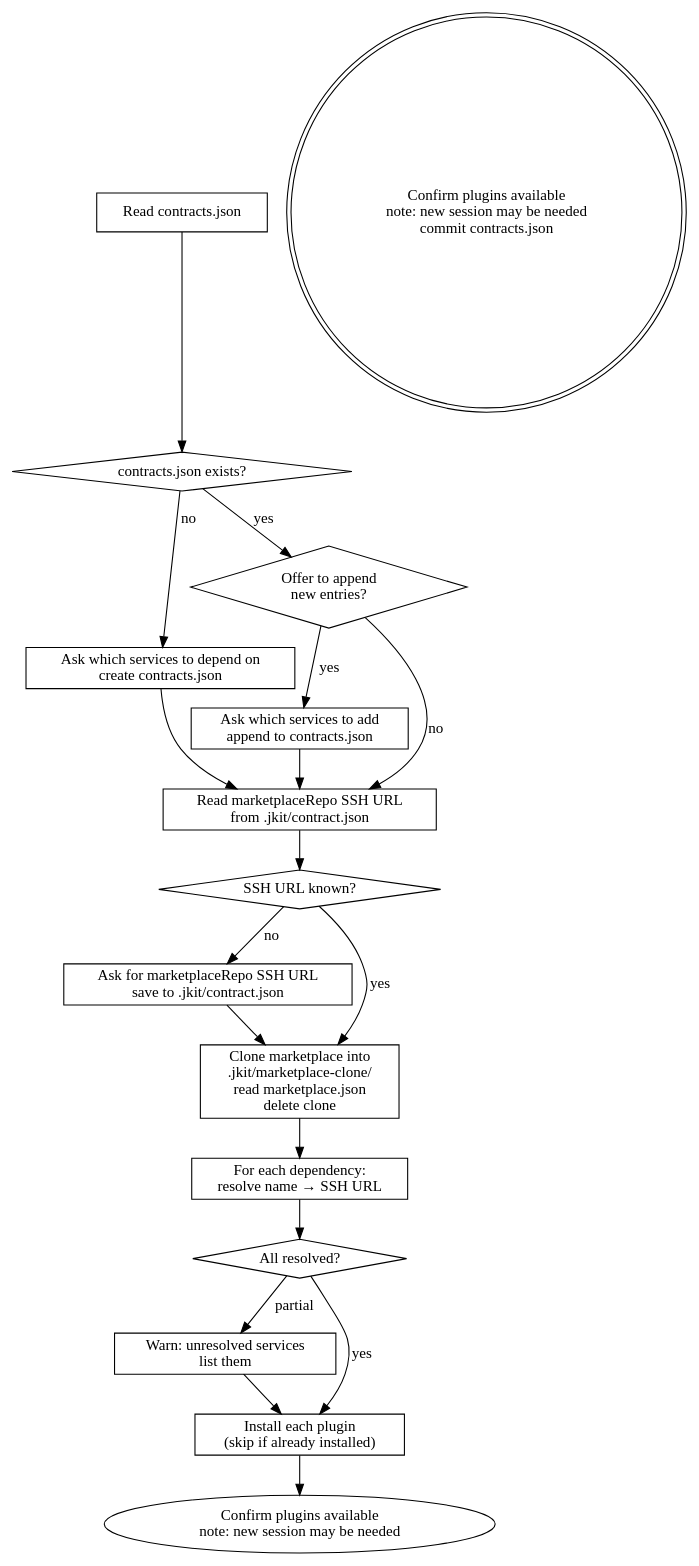
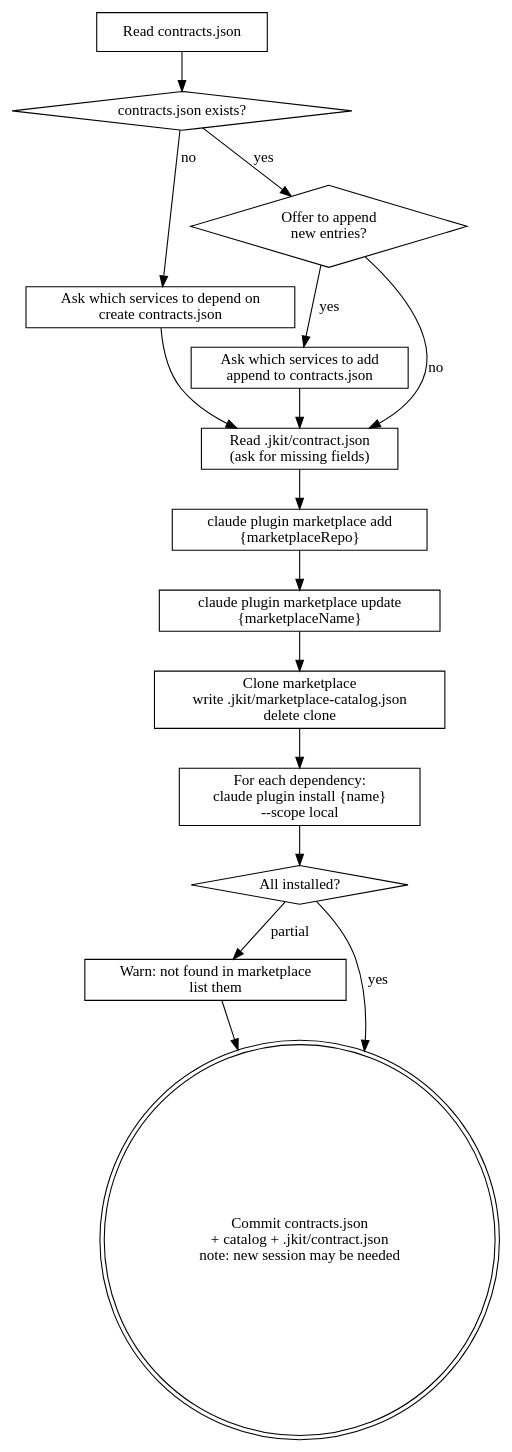
Before and after one commit to honghaowuu/jkit: the second of 3 diagrams in docs/superpowers/specs/2026-04-22-jkit-iter5-service-contract-marketplace.md, drawn with Graphviz. The commit also changed other lines of this file, not shown here.

First line of the commit message:
docs(spec): update iter5 with native plugin commands and session-start hook

````diff
--- a/docs/superpowers/specs/2026-04-22-jkit-iter5-service-contract-marketplace.md
+++ b/docs/superpowers/specs/2026-04-22-jkit-iter5-service-contract-marketplace.md
@@ -369,36 +444,33 @@
 ```dot
 digraph install_contracts {
     "Read contracts.json" [shape=box];
     "contracts.json exists?" [shape=diamond];
     "Ask which services to depend on\ncreate contracts.json" [shape=box];
     "Offer to append\nnew entries?" [shape=diamond];
     "Ask which services to add\nappend to contracts.json" [shape=box];
-    "Read marketplaceRepo SSH URL\nfrom .jkit/contract.json" [shape=box];
-    "SSH URL known?" [shape=diamond];
-    "Ask for marketplaceRepo SSH URL\nsave to .jkit/contract.json" [shape=box];
-    "Clone marketplace into\n.jkit/marketplace-clone/\nread marketplace.json\ndelete clone" [shape=box];
-    "For each dependency:\nresolve name → SSH URL" [shape=box];
-    "All resolved?" [shape=diamond];
-    "Warn: unresolved services\nlist them" [shape=box];
-    "Install each plugin\n(skip if already installed)" [shape=box];
-    "Confirm plugins available\nnote: new session may be needed\ncommit contracts.json" [shape=doublecircle];
+    "Read .jkit/contract.json\n(ask for missing fields)" [shape=box];
+    "claude plugin marketplace add\n{marketplaceRepo}" [shape=box];
+    "claude plugin marketplace update\n{marketplaceName}" [shape=box];
+    "Clone marketplace\nwrite .jkit/marketplace-catalog.json\ndelete clone" [shape=box];
+    "For each dependency:\nclaude plugin install {name}\n--scope local" [shape=box];
+    "All installed?" [shape=diamond];
+    "Warn: not found in marketplace\nlist them" [shape=box];
+    "Commit contracts.json\n+ catalog + .jkit/contract.json\nnote: new session may be needed" [shape=doublecircle];
 
     "Read contracts.json" -> "contracts.json exists?";
     "contracts.json exists?" -> "Ask which services to depend on\ncreate contracts.json" [label="no"];
     "contracts.json exists?" -> "Offer to append\nnew entries?" [label="yes"];
     "Offer to append\nnew entries?" -> "Ask which services to add\nappend to contracts.json" [label="yes"];
-    "Offer to append\nnew entries?" -> "Read marketplaceRepo SSH URL\nfrom .jkit/contract.json" [label="no"];
-    "Ask which services to add\nappend to contracts.json" -> "Read marketplaceRepo SSH URL\nfrom .jkit/contract.json";
-    "Ask which services to depend on\ncreate contracts.json" -> "Read marketplaceRepo SSH URL\nfrom .jkit/contract.json";
-    "Read marketplaceRepo SSH URL\nfrom .jkit/contract.json" -> "SSH URL known?";
-    "SSH URL known?" -> "Ask for marketplaceRepo SSH URL\nsave to .jkit/contract.json" [label="no"];
-    "SSH URL known?" -> "Clone marketplace into\n.jkit/marketplace-clone/\nread marketplace.json\ndelete clone" [label="yes"];
-    "Ask for marketplaceRepo SSH URL\nsave to .jkit/contract.json" -> "Clone marketplace into\n.jkit/marketplace-clone/\nread marketplace.json\ndelete clone";
-    "Clone marketplace into\n.jkit/marketplace-clone/\nread marketplace.json\ndelete clone" -> "For each dependency:\nresolve name → SSH URL";
-    "For each dependency:\nresolve name → SSH URL" -> "All resolved?";
-    "All resolved?" -> "Warn: unresolved services\nlist them" [label="partial"];
-    "All resolved?" -> "Install each plugin\n(skip if already installed)" [label="yes"];
-    "Warn: unresolved services\nlist them" -> "Install each plugin\n(skip if already installed)";
-    "Install each plugin\n(skip if already installed)" -> "Confirm plugins available\nnote: new session may be needed";
+    "Offer to append\nnew entries?" -> "Read .jkit/contract.json\n(ask for missing fields)" [label="no"];
+    "Ask which services to add\nappend to contracts.json" -> "Read .jkit/contract.json\n(ask for missing fields)";
+    "Ask which services to depend on\ncreate contracts.json" -> "Read .jkit/contract.json\n(ask for missing fields)";
+    "Read .jkit/contract.json\n(ask for missing fields)" -> "claude plugin marketplace add\n{marketplaceRepo}";
+    "claude plugin marketplace add\n{marketplaceRepo}" -> "claude plugin marketplace update\n{marketplaceName}";
+    "claude plugin marketplace update\n{marketplaceName}" -> "Clone marketplace\nwrite .jkit/marketplace-catalog.json\ndelete clone";
+    "Clone marketplace\nwrite .jkit/marketplace-catalog.json\ndelete clone" -> "For each dependency:\nclaude plugin install {name}\n--scope local";
+    "For each dependency:\nclaude plugin install {name}\n--scope local" -> "All installed?";
+    "All installed?" -> "Warn: not found in marketplace\nlist them" [label="partial"];
+    "All installed?" -> "Commit contracts.json\n+ catalog + .jkit/contract.json\nnote: new session may be needed" [label="yes"];
+    "Warn: not found in marketplace\nlist them" -> "Commit contracts.json\n+ catalog + .jkit/contract.json\nnote: new session may be needed";
 }
 ```
````
